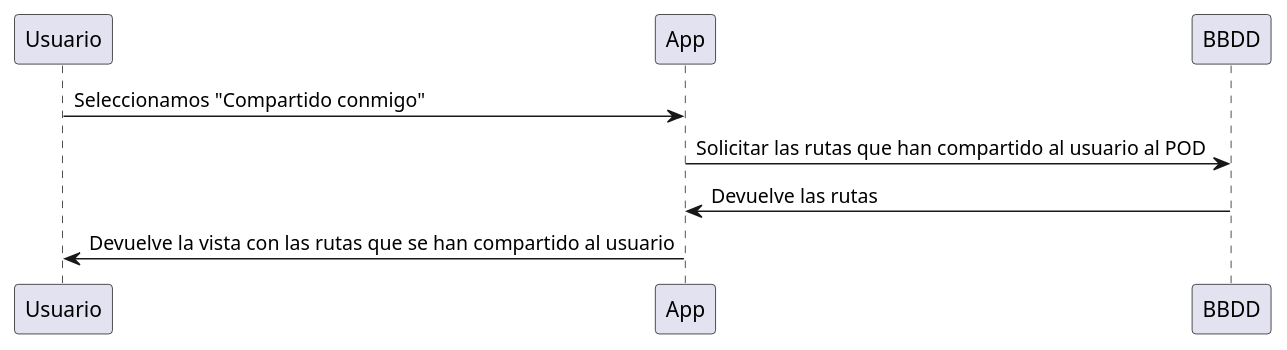
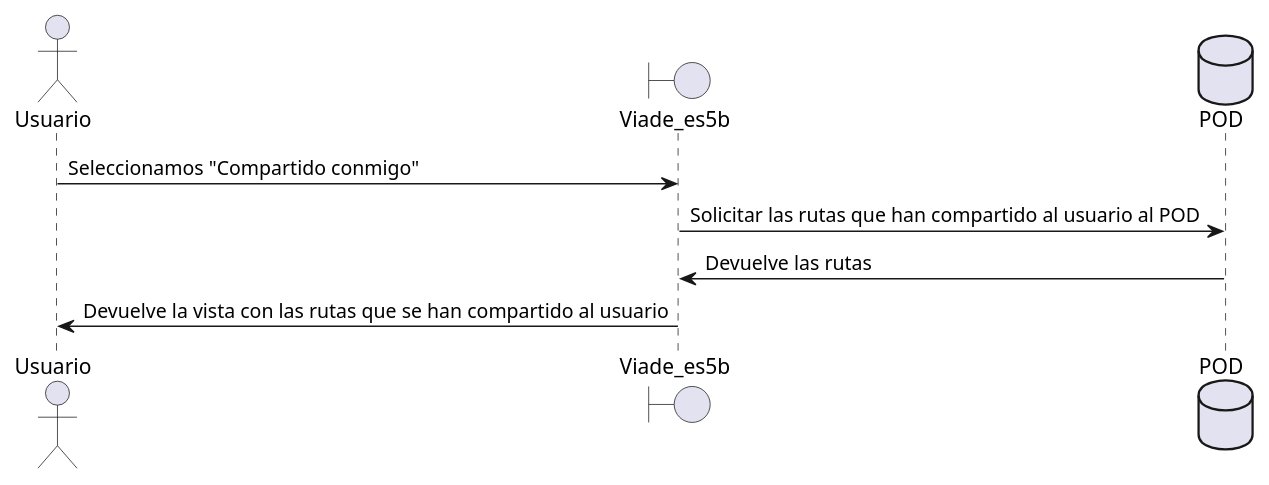
The eighth of 16 diagrams in src/docs/06_runtime_view.adoc (Arquisoft/viade_es5b), drawn with PlantUML before and after one commit. The commit also changed other lines of this file, not shown here.

```diff
--- a/src/docs/06_runtime_view.adoc
+++ b/src/docs/06_runtime_view.adoc
@@ -193,7 +215,10 @@
 [plantuml,"DiagramaRutasCompartidas",png]
 ----
-Usuario -> App: Seleccionamos "Compartido conmigo"
-App -> BBDD : Solicitar las rutas que han compartido al usuario al POD
-BBDD -> App: Devuelve las rutas
-App -> Usuario: Devuelve la vista con las rutas que se han compartido al usuario
+actor Usuario
+boundary Viade_es5b
+database POD
+Usuario -> Viade_es5b: Seleccionamos "Compartido conmigo"
+Viade_es5b -> POD : Solicitar las rutas que han compartido al usuario al POD
+POD -> Viade_es5b: Devuelve las rutas
+Viade_es5b -> Usuario: Devuelve la vista con las rutas que se han compartido al usuario
 ----
```
